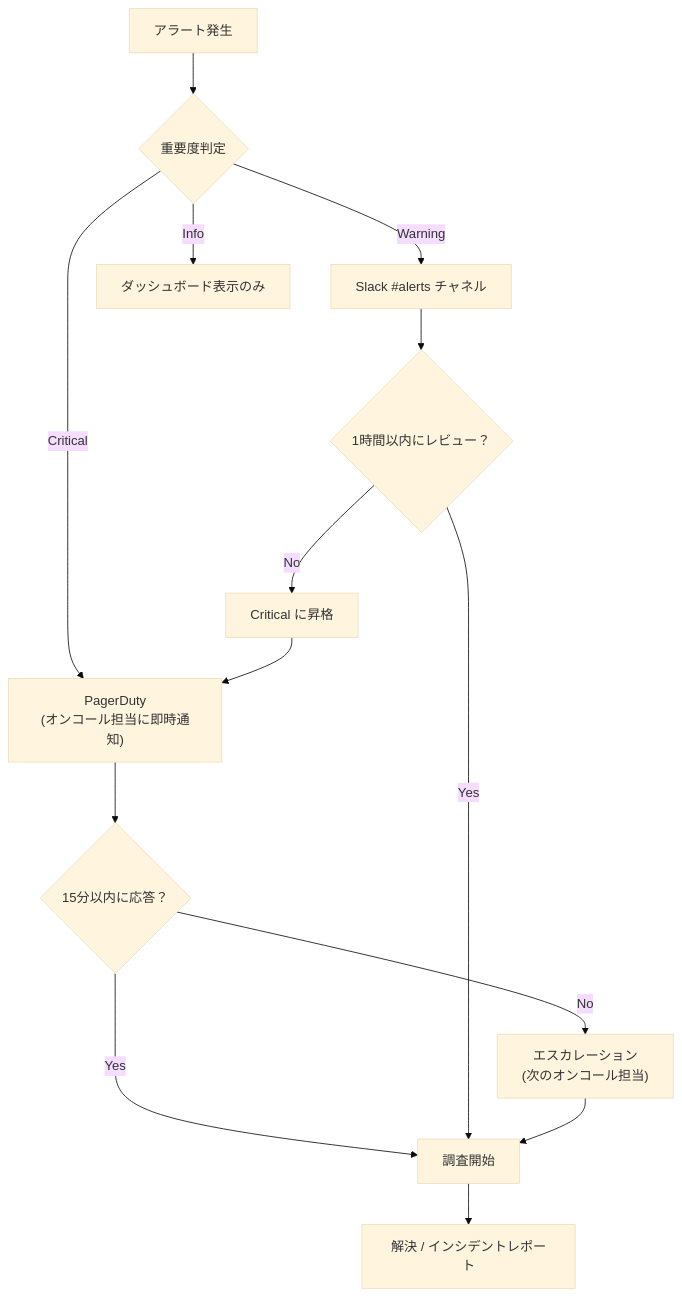
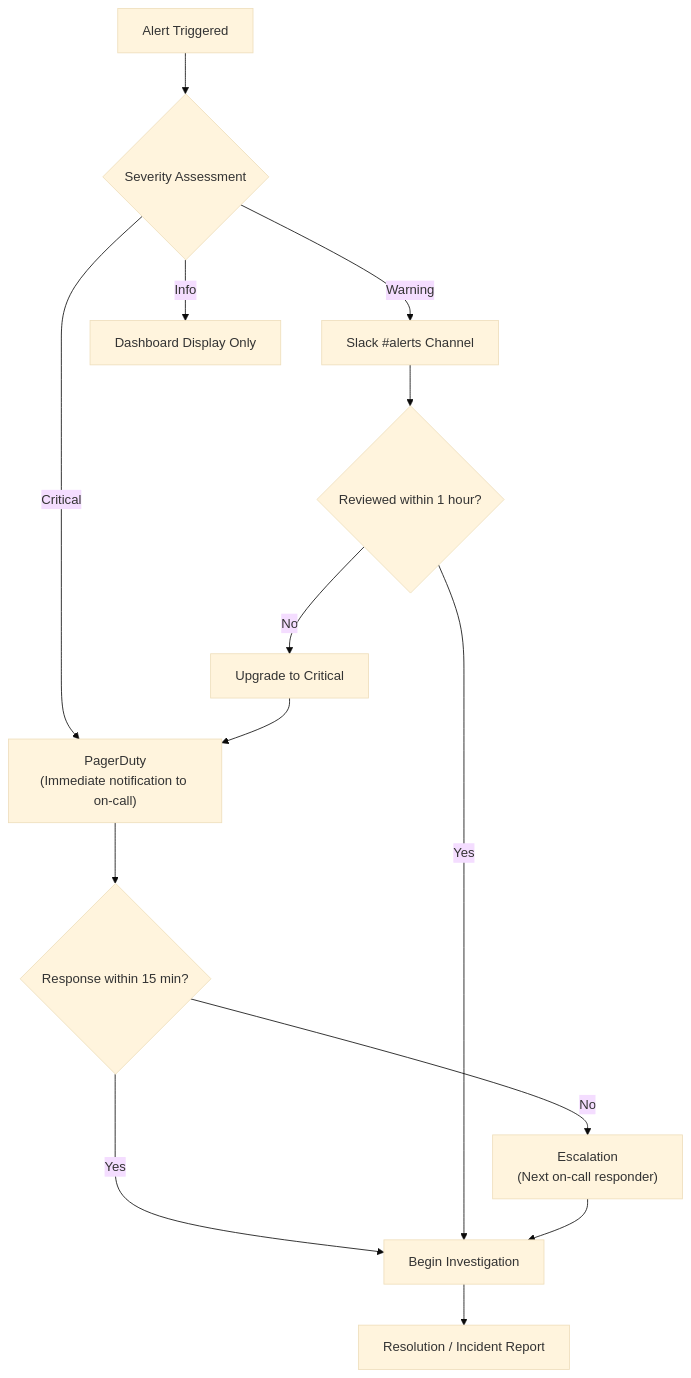
Before and after one commit to wfukatsu/nexus-architect: the fourth of 6 diagrams in workflow/greenfield/09_observability_design.md, drawn with Mermaid (base theme). The commit also changed other lines of this file and 6 other files, not shown here.

````diff
--- a/workflow/greenfield/09_observability_design.md
+++ b/workflow/greenfield/09_observability_design.md
@@ -452,21 +452,21 @@
 ```mermaid
 flowchart TD
-    ALERT["アラート発生"] --> SEVERITY{重要度判定}
+    ALERT["Alert Triggered"] --> SEVERITY{Severity Assessment}
 
-    SEVERITY -->|"Critical"| PAGER["PagerDuty<br/>(オンコール担当に即時通知)"]
-    SEVERITY -->|"Warning"| SLACK["Slack #alerts チャネル"]
-    SEVERITY -->|"Info"| DASHBOARD["ダッシュボード表示のみ"]
+    SEVERITY -->|"Critical"| PAGER["PagerDuty<br/>(Immediate notification to on-call)"]
+    SEVERITY -->|"Warning"| SLACK["Slack #alerts Channel"]
+    SEVERITY -->|"Info"| DASHBOARD["Dashboard Display Only"]
 
-    PAGER --> ACK{15分以内に応答？}
-    ACK -->|"Yes"| INVESTIGATE["調査開始"]
-    ACK -->|"No"| ESCALATE["エスカレーション<br/>(次のオンコール担当)"]
+    PAGER --> ACK{Response within 15 min?}
+    ACK -->|"Yes"| INVESTIGATE["Begin Investigation"]
+    ACK -->|"No"| ESCALATE["Escalation<br/>(Next on-call responder)"]
 
-    SLACK --> REVIEW{1時間以内にレビュー？}
+    SLACK --> REVIEW{Reviewed within 1 hour?}
     REVIEW -->|"Yes"| INVESTIGATE
-    REVIEW -->|"No"| UPGRADE["Critical に昇格"]
+    REVIEW -->|"No"| UPGRADE["Upgrade to Critical"]
     UPGRADE --> PAGER
 
-    INVESTIGATE --> RESOLVE["解決 / インシデントレポート"]
+    INVESTIGATE --> RESOLVE["Resolution / Incident Report"]
 
     ESCALATE --> INVESTIGATE
 ```
````
